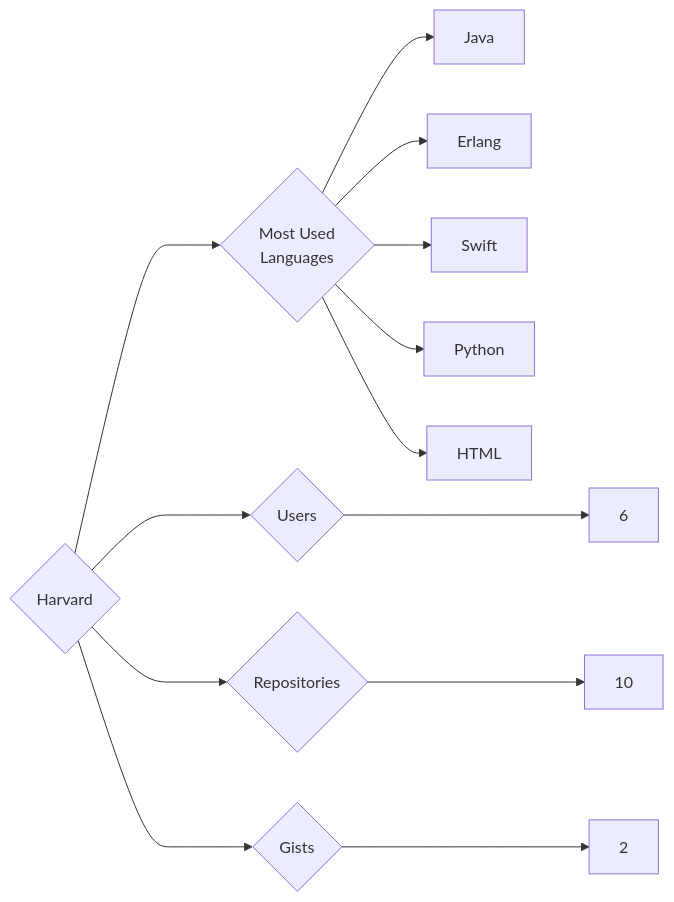
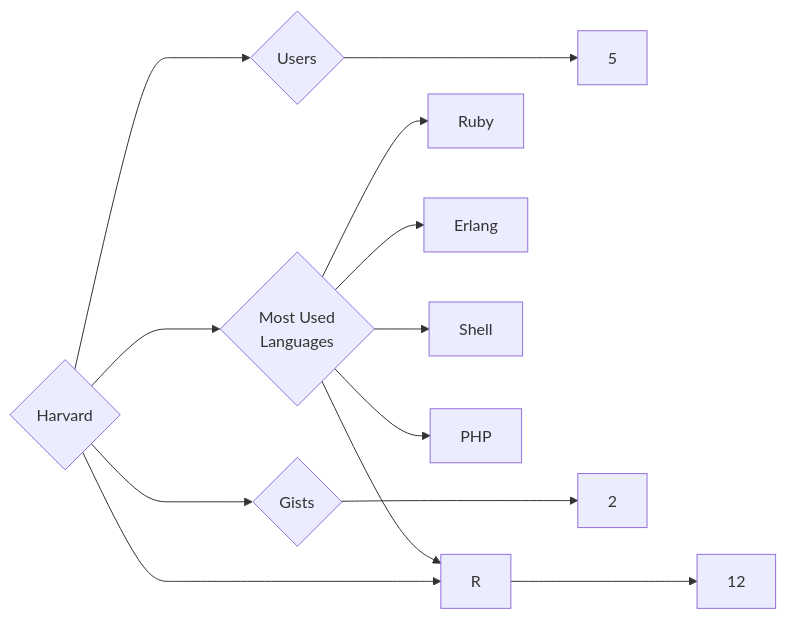
One commit to trickest/insiders changed the diagram in targets/Harvard/README.md. Above: the diagram before and after it, drawn with Mermaid. The commit also changed 1148 other files, not shown here.

````diff
--- a/targets/Harvard/README.md
+++ b/targets/Harvard/README.md
@@ -3,13 +3,13 @@
 ```mermaid
 graph LR
 COMPANY_NAME{Harvard}
-COMPANY_NAME ---> U{Users} ---> UN[6]
-COMPANY_NAME ---> R{Repositories} ---> RN[10]
+COMPANY_NAME ---> U{Users} ---> UN[5]
+COMPANY_NAME ---> R{Repositories} ---> RN[12]
 COMPANY_NAME ---> G{Gists} ---> GN[2]
 COMPANY_NAME ---> ML{Most Used<br>Languages}
-ML --> Java[Java]
+ML --> Ruby[Ruby]
 ML --> Erlang[Erlang]
-ML --> Swift[Swift]
-ML --> Python[Python]
-ML --> HTML[HTML]
+ML --> Shell[Shell]
+ML --> R[R]
+ML --> PHP[PHP]
 ```
````
